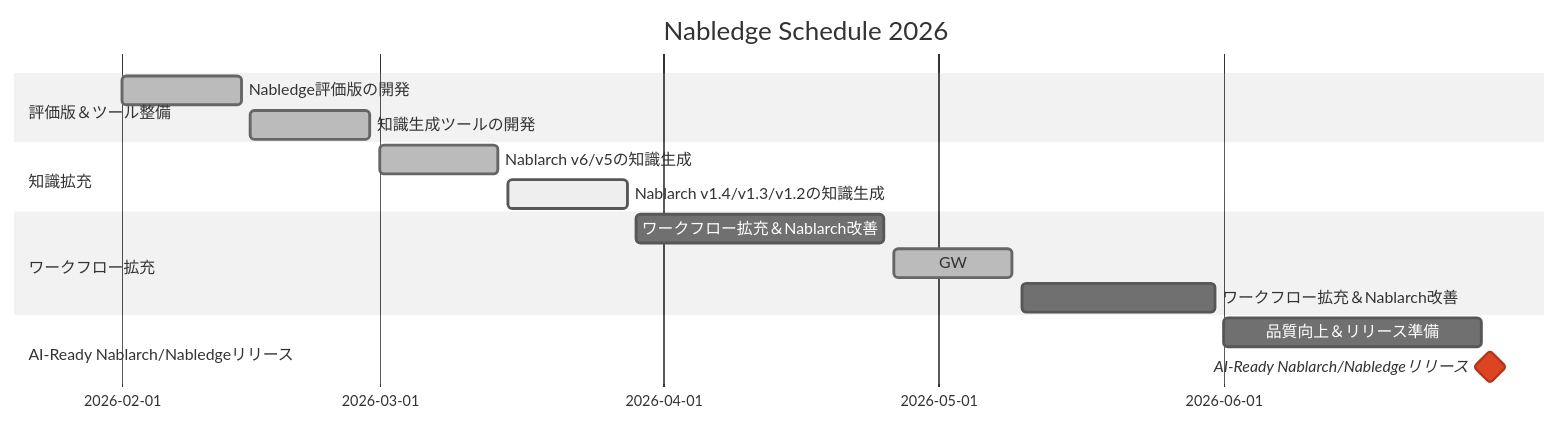
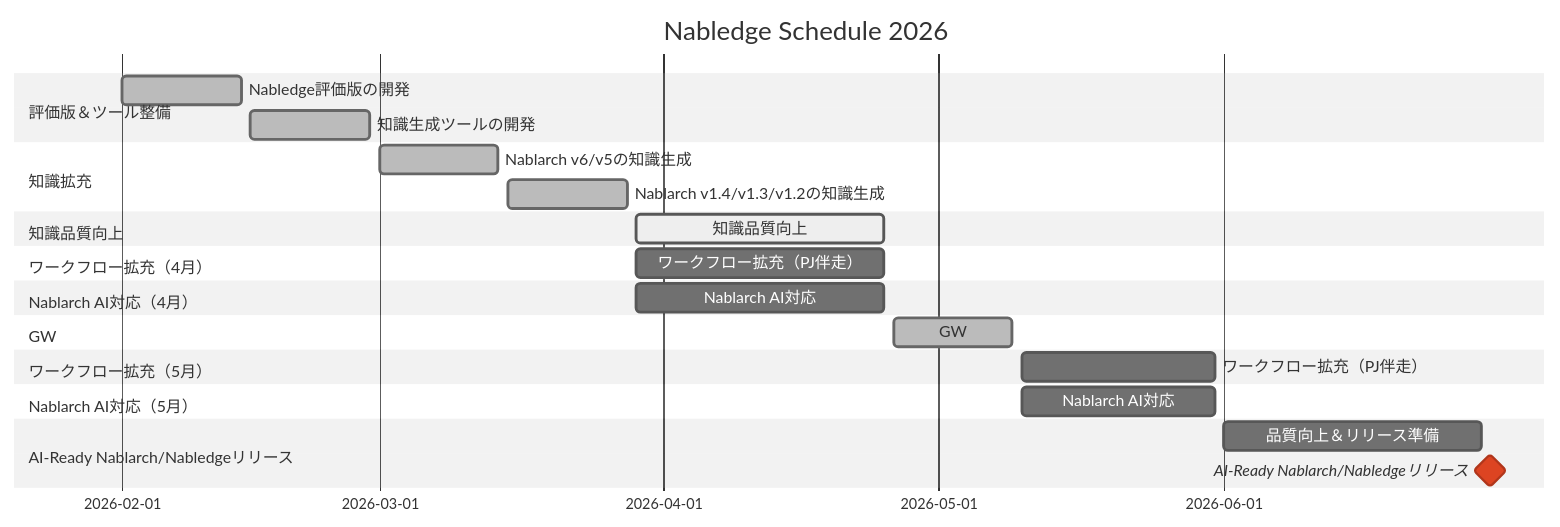
The diagram in docs/development-status.md (nablarch/nabledge-dev), drawn with Mermaid (neutral theme) before and after one commit. The commit also changed other lines of this file, not shown here.

````diff
--- a/docs/development-status.md
+++ b/docs/development-status.md
@@ -19,25 +19,38 @@
 ```mermaid
 gantt
     title Nabledge Schedule 2026
     dateFormat YYYY-MM-DD
 
     section 評価版＆ツール整備
     Nabledge評価版の開発             :done, 2026-02-01, 2026-02-14
     知識生成ツールの開発             :done, 2026-02-15, 2026-02-28
 
     section 知識拡充
     Nablarch v6/v5の知識生成        :done, 2026-03-01, 2026-03-14
-    Nablarch v1.4/v1.3/v1.2の知識生成 :active, 2026-03-15, 2026-03-28
+    Nablarch v1.4/v1.3/v1.2の知識生成 :done, 2026-03-15, 2026-03-28
 
-    section ワークフロー拡充
-    ワークフロー拡充＆Nablarch改善    :2026-03-29, 2026-04-25
+    section 知識品質向上
+    知識品質向上                   :active, 2026-03-29, 2026-04-25
+
+    section ワークフロー拡充（4月）
+    ワークフロー拡充（PJ伴走）        :2026-03-29, 2026-04-25
+
+    section Nablarch AI対応（4月）
+    Nablarch AI対応                :2026-03-29, 2026-04-25
+
+    section GW
     GW                             :done, 2026-04-26, 2026-05-09
-    ワークフロー拡充＆Nablarch改善    :2026-05-10, 2026-05-31
+
+    section ワークフロー拡充（5月）
+    ワークフロー拡充（PJ伴走）        :2026-05-10, 2026-05-31
+
+    section Nablarch AI対応（5月）
+    Nablarch AI対応                :2026-05-10, 2026-05-31
 
     section AI-Ready Nablarch/Nabledgeリリース
     品質向上＆リリース準備                        :2026-06-01, 2026-06-29
     AI-Ready Nablarch/Nabledgeリリース          :crit, milestone, 2026-06-30, 0d
 
     section
     　                                          :done, 2026-07-01, 2026-07-14
 ```
````
